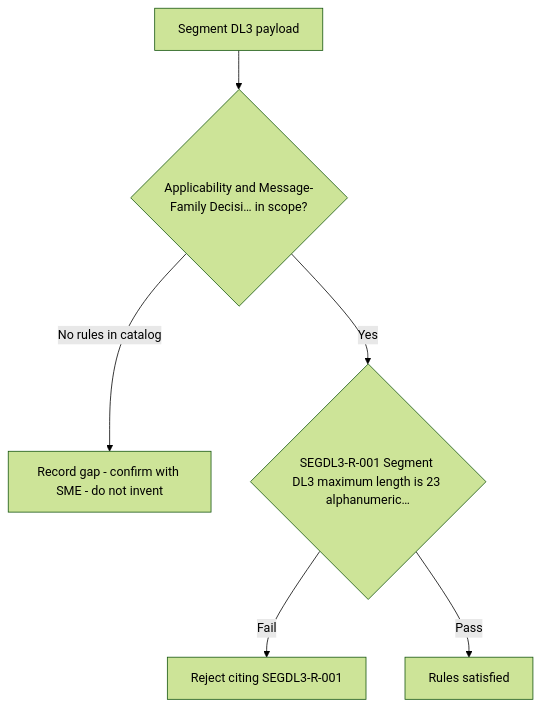
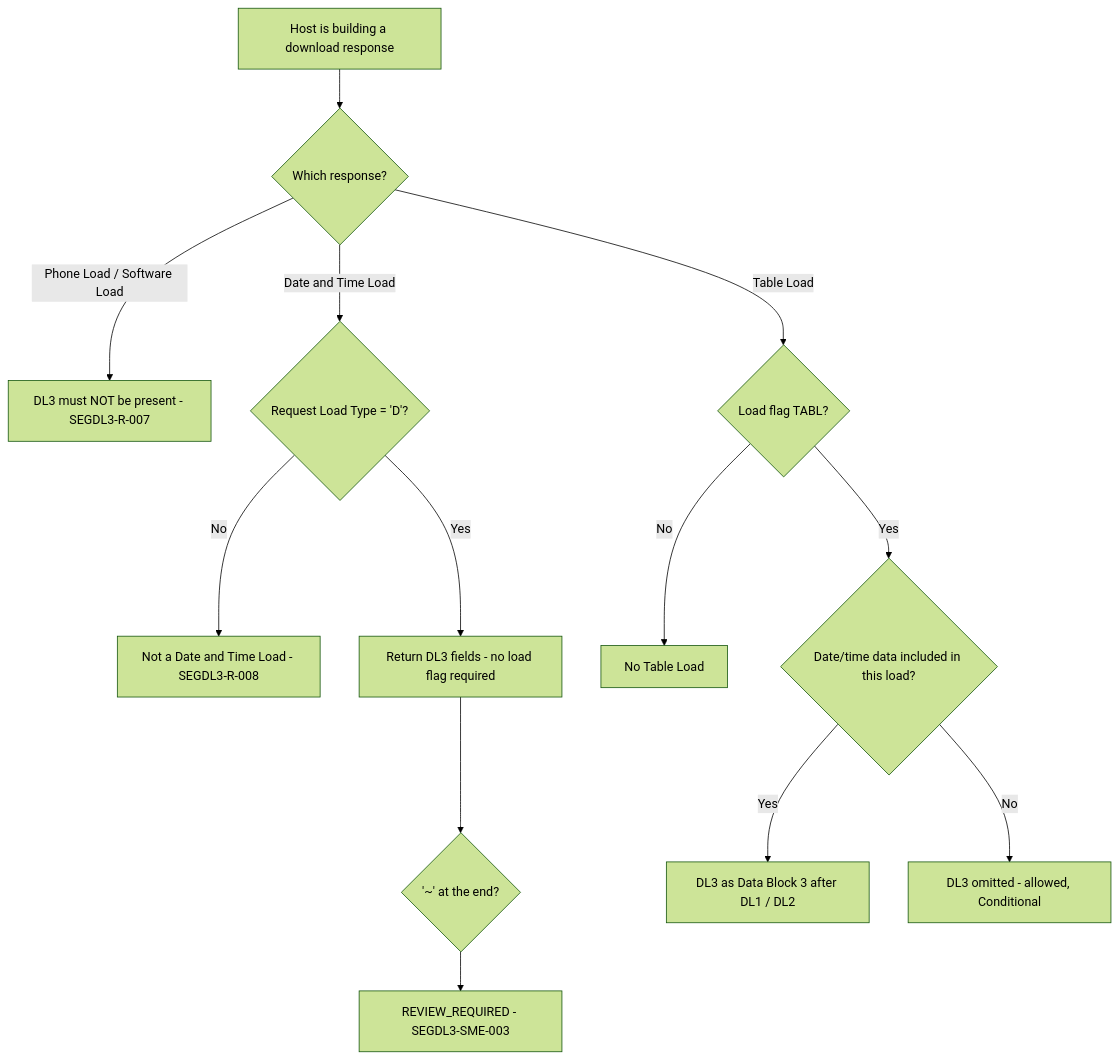
Before and after one commit to DhanSingh-hub/core-auth-ai-validation-framework: the diagram in regression-artifact-validator/specifications/ATL105/docs/specs/kb/segment-DL3/applicability-decision-flow.md, drawn with Mermaid (forest theme). The commit also changed other lines of this file and 28 other files, not shown here.

First line of the commit message:
docs(segment-DL3): retrain KB module against Segment 100 and the 11.7 Date and Time Load layout

````diff
--- a/regression-artifact-validator/specifications/ATL105/docs/specs/kb/segment-DL3/applicability-decision-flow.md
+++ b/regression-artifact-validator/specifications/ATL105/docs/specs/kb/segment-DL3/applicability-decision-flow.md
@@ -3,8 +3,15 @@
 ```mermaid
 flowchart TD
-    A[Segment DL3 payload] --> B{Applicability and Message-Family Decisi… in scope?}
-    B -->|No rules in catalog| G[Record gap - confirm with SME - do not invent]
-    B -->|Yes| R1{SEGDL3-R-001 Segment DL3 maximum length is 23 alphanumeric…}
-    R1 -->|Fail| X1[Reject citing SEGDL3-R-001]
-    R1 -->|Pass| Z[Rules satisfied]
+    A[Host is building a download response] --> B{Which response?}
+    B -->|Phone Load / Software Load| N1[DL3 must NOT be present - SEGDL3-R-007]
+    B -->|Date and Time Load| C{Request Load Type = 'D'?}
+    C -->|No| N2[Not a Date and Time Load - SEGDL3-R-008]
+    C -->|Yes| D[Return DL3 fields - no load flag required]
+    D --> D1{'~' at the end?}
+    D1 --> R1[REVIEW_REQUIRED - SEGDL3-SME-003]
+    B -->|Table Load| E{Load flag TABL?}
+    E -->|No| N3[No Table Load]
+    E -->|Yes| F{Date/time data included in this load?}
+    F -->|Yes| G[DL3 as Data Block 3 after DL1 / DL2]
+    F -->|No| H[DL3 omitted - allowed, Conditional]
 ```
````
